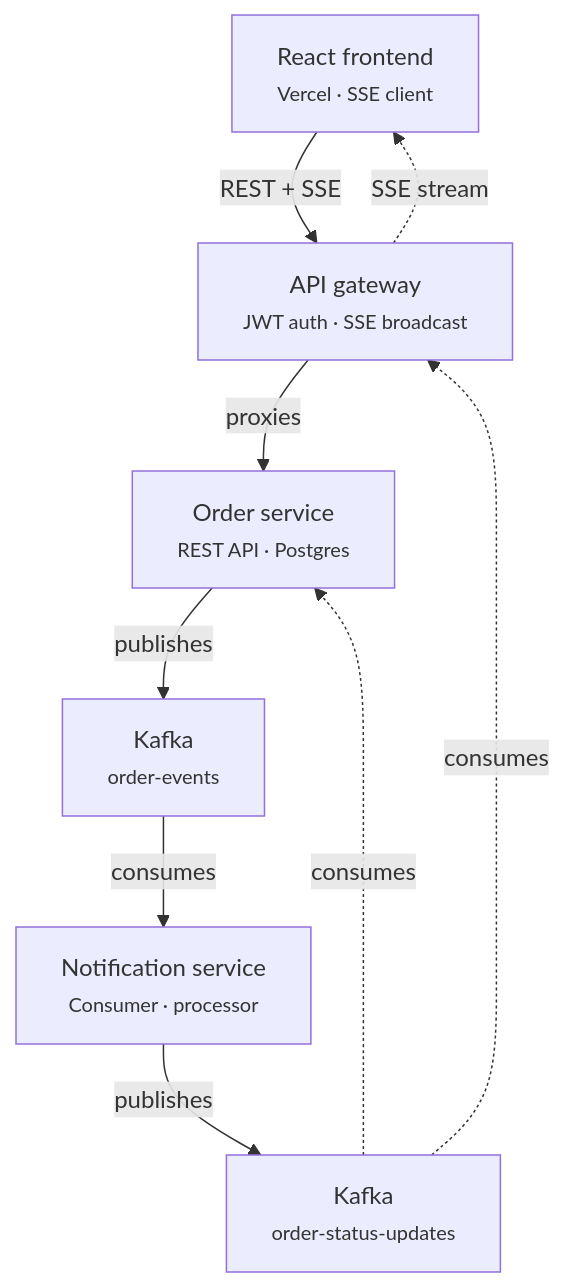
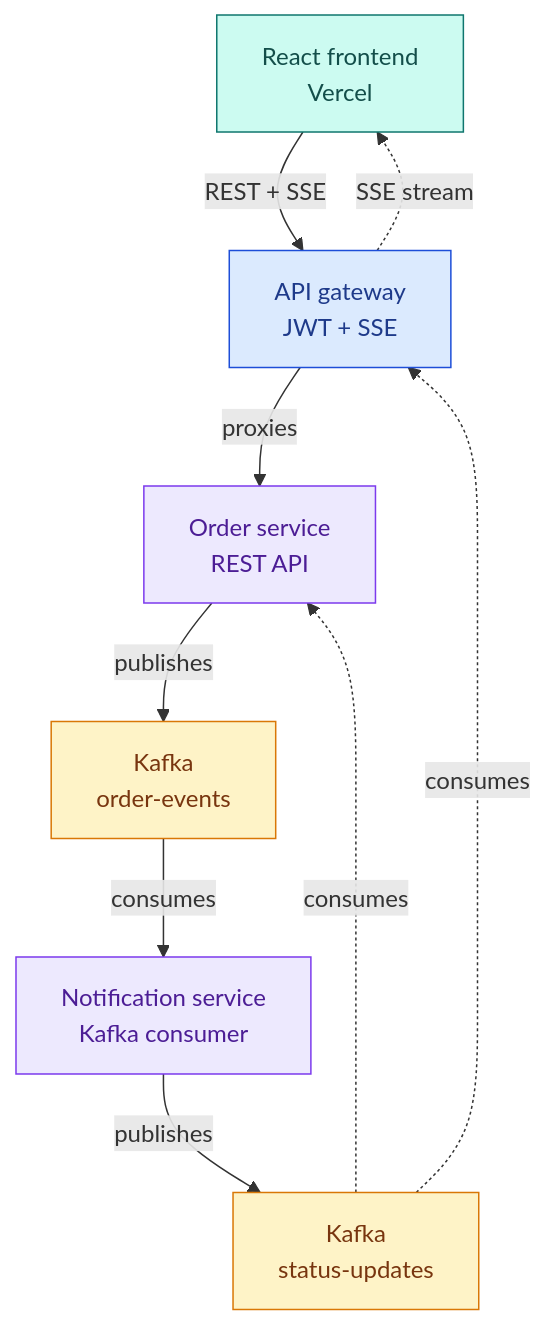
The diagram in README.md (nicholas0901-stack/event-order-stream), drawn with Mermaid before and after one commit. The commit also changed other lines of this file, not shown here.

Commit message:
Fix clipped diagram labels and add color coding by service type

````diff
--- a/README.md
+++ b/README.md
@@ -20,18 +21,29 @@
 ```mermaid
+%%{init: {'flowchart': {'nodeSpacing': 40, 'rankSpacing': 55}}}%%
 flowchart TB
-    FE["React frontend<br/><small>Vercel · SSE client</small>"]
-    GW["API gateway<br/><small>JWT auth · SSE broadcast</small>"]
-    OS["Order service<br/><small>REST API · Postgres</small>"]
-    K1["Kafka<br/><small>order-events</small>"]
-    NS["Notification service<br/><small>Consumer · processor</small>"]
-    K2["Kafka<br/><small>order-status-updates</small>"]
+    FE["React frontend<br/>Vercel"]
+    GW["API gateway<br/>JWT + SSE"]
+    OS["Order service<br/>REST API"]
+    K1["Kafka<br/>order-events"]
+    NS["Notification service<br/>Kafka consumer"]
+    K2["Kafka<br/>status-updates"]
 
-    FE -->|"REST + SSE"| GW
-    GW -->|"proxies"| OS
-    OS -->|"publishes"| K1
-    K1 -->|"consumes"| NS
-    NS -->|"publishes"| K2
-    K2 -.->|"consumes"| GW
-    K2 -.->|"consumes"| OS
-    GW -.->|"SSE stream"| FE
+    FE -->|REST + SSE| GW
+    GW -->|proxies| OS
+    OS -->|publishes| K1
+    K1 -->|consumes| NS
+    NS -->|publishes| K2
+    K2 -.->|consumes| GW
+    K2 -.->|consumes| OS
+    GW -.->|SSE stream| FE
+
+    classDef frontend fill:#ccfbf1,stroke:#0f766e,color:#134e4a
+    classDef gateway fill:#dbeafe,stroke:#1d4ed8,color:#1e3a8a
+    classDef service fill:#ede9fe,stroke:#7c3aed,color:#4c1d95
+    classDef kafka fill:#fef3c7,stroke:#d97706,color:#78350f
+
+    class FE frontend
+    class GW gateway
+    class OS,NS service
+    class K1,K2 kafka
 ```
````
